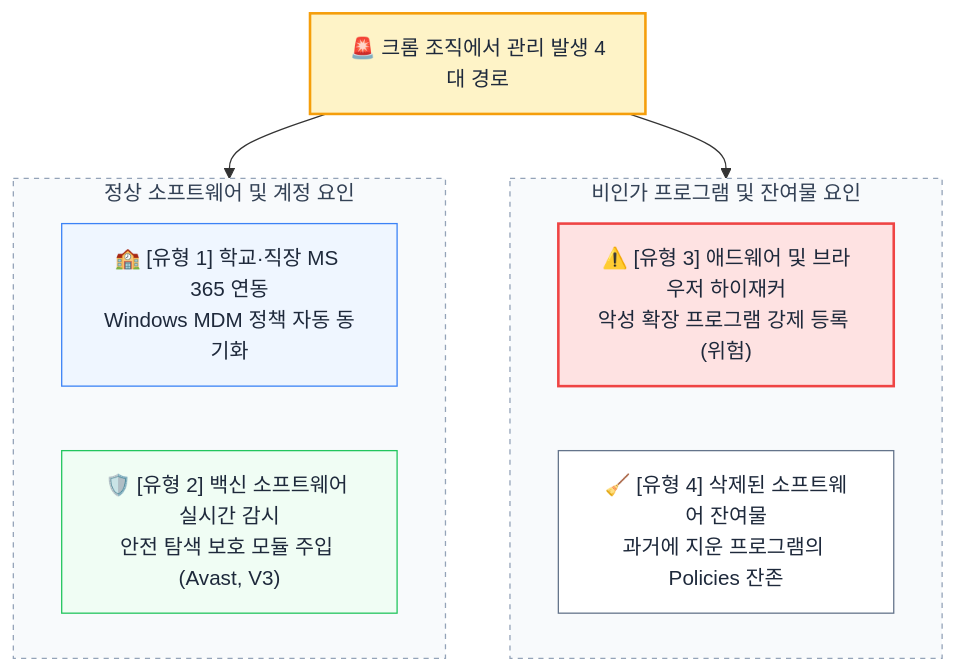
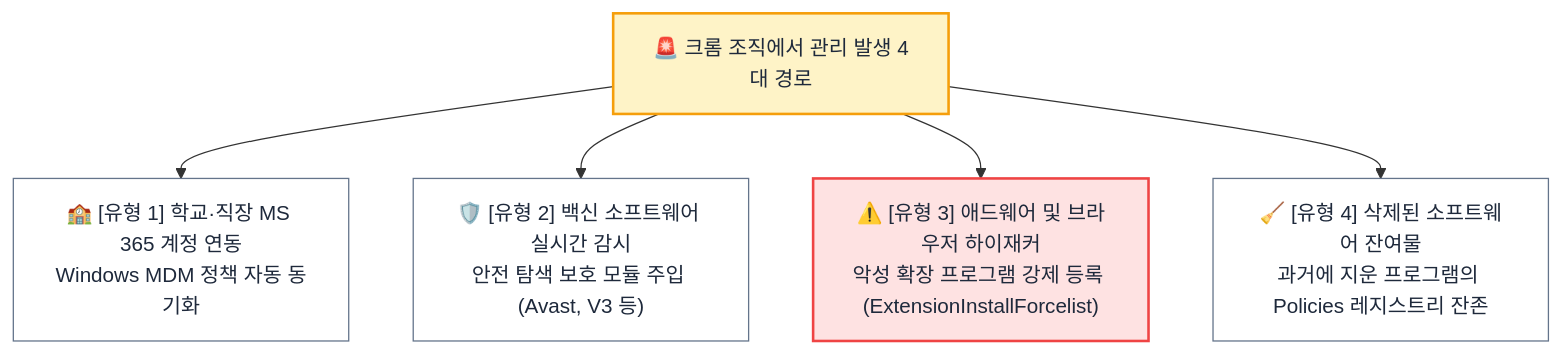
One commit to seodaeya/seodaeya.github.io changed the diagram in files/posts/20260923-1-chrome-managed-by-organization-root-cause-removal-guide.md. Above: the diagram before and after it, drawn with Mermaid. The commit also changed 6 other files, not shown here.

Commit message:
fix(diagram): restore clean 4-branch layout and apply global curve linear to straighten arrowheads

````diff
--- a/files/posts/20260923-1-chrome-managed-by-organization-root-cause-removal-guide.md
+++ b/files/posts/20260923-1-chrome-managed-by-organization-root-cause-removal-guide.md
@@ -65,25 +65,20 @@
 ```mermaid
 flowchart TD
     Root["🚨 크롬 조직에서 관리 발생 4대 경로"]
     
-    subgraph S1 ["정상 소프트웨어 및 계정 요인"]
-        C1["🏫 [유형 1] 학교·직장 MS 365 연동<br/>Windows MDM 정책 자동 동기화"]
-        C2["🛡️ [유형 2] 백신 소프트웨어 실시간 감시<br/>안전 탐색 보호 모듈 주입 (Avast, V3)"]
-    end
+    C1["🏫 [유형 1] 학교·직장 MS 365 계정 연동<br/>Windows MDM 정책 자동 동기화"]
+    C2["🛡️ [유형 2] 백신 소프트웨어 실시간 감시<br/>안전 탐색 보호 모듈 주입 (Avast, V3 등)"]
+    C3["⚠️ [유형 3] 애드웨어 및 브라우저 하이재커<br/>악성 확장 프로그램 강제 등록 (ExtensionInstallForcelist)"]
+    C4["🧹 [유형 4] 삭제된 소프트웨어 잔여물<br/>과거에 지운 프로그램의 Policies 레지스트리 잔존"]
 
-    subgraph S2 ["비인가 프로그램 및 잔여물 요인"]
-        C3["⚠️ [유형 3] 애드웨어 및 브라우저 하이재커<br/>악성 확장 프로그램 강제 등록 (위험)"]
-        C4["🧹 [유형 4] 삭제된 소프트웨어 잔여물<br/>과거에 지운 프로그램의 Policies 잔존"]
-    end
-
-    Root --> S1
-    Root --> S2
+    Root --> C1
+    Root --> C2
+    Root --> C3
+    Root --> C4
 
     style Root fill:#fef3c7,stroke:#f59e0b,stroke-width:2px,color:#1e293b
-    style C1 fill:#eff6ff,stroke:#3b82f6,stroke-width:1px,color:#1e293b
-    style C2 fill:#f0fdf4,stroke:#22c55e,stroke-width:1px,color:#1e293b
+    style C1 fill:#ffffff,stroke:#64748b,stroke-width:1px,color:#1e293b
+    style C2 fill:#ffffff,stroke:#64748b,stroke-width:1px,color:#1e293b
     style C3 fill:#fee2e2,stroke:#ef4444,stroke-width:2px,color:#1e293b
     style C4 fill:#ffffff,stroke:#64748b,stroke-width:1px,color:#1e293b
-    style S1 fill:#f8fafc,stroke:#94a3b8,stroke-width:1px,stroke-dasharray: 4 4,color:#334155
-    style S2 fill:#f8fafc,stroke:#94a3b8,stroke-width:1px,stroke-dasharray: 4 4,color:#334155
 ```
````
